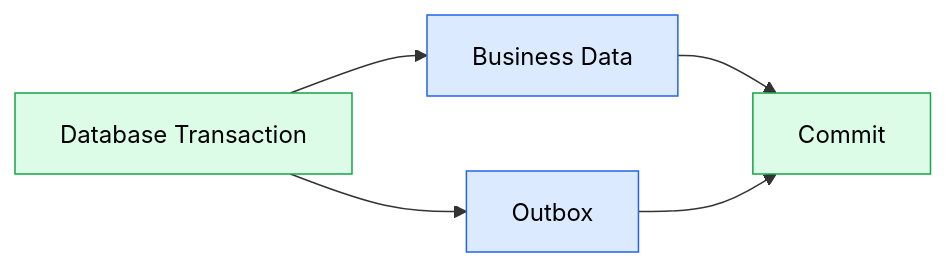
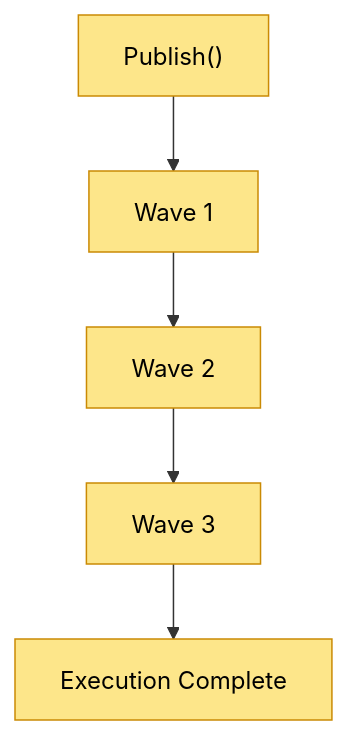
The first of 2 diagrams in docs/architecture/07-event-processing.md (soufiane-rizk/Jobwize), drawn with Mermaid before and after one commit. The commit also changed other lines of this file and 10 other files, not shown here.

Commit message:
docs(architecture): document the new runtime architecture

````diff
--- a/docs/architecture/07-event-processing.md
+++ b/docs/architecture/07-event-processing.md
@@ -77,25 +87,25 @@
 ```mermaid
-flowchart LR
+flowchart TD
 
-    Transaction["Database Transaction"]
+    Publish["Publish()"]
 
-    BusinessData["Business Data"]
+    Wave1["Wave 1"]
 
-    Outbox["Outbox"]
+    Wave2["Wave 2"]
 
-    Commit["Commit"]
+    Wave3["Wave 3"]
 
-    Transaction --> BusinessData
+    Complete["Execution Complete"]
 
-    Transaction --> Outbox
+    Publish --> Wave1
 
-    BusinessData --> Commit
+    Wave1 --> Wave2
 
-    Outbox --> Commit
+    Wave2 --> Wave3
 
-    classDef application fill:#dcfce7,stroke:#16a34a,color:#000;
-    classDef infrastructure fill:#dbeafe,stroke:#2563eb,color:#000;
+    Wave3 --> Complete
 
-    class Transaction,Commit application;
-    class BusinessData,Outbox infrastructure;
+    classDef runtime fill:#fde68a,stroke:#ca8a04,color:#000;
+
+    class Publish,Wave1,Wave2,Wave3,Complete runtime;
 ```
````
